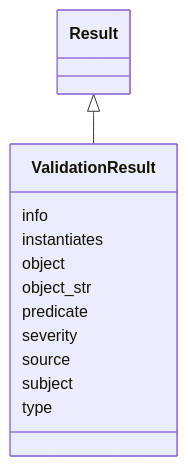
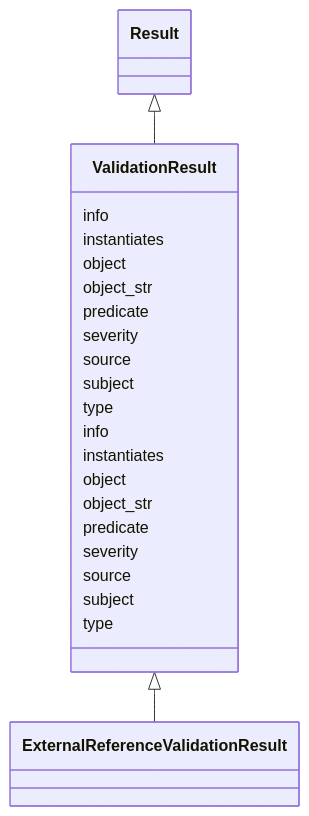
Before and after one commit to INCATools/ontology-access-kit: the diagram in validation/ValidationResult.md, drawn with Mermaid. The commit also changed 245 other files, not shown here.

````diff
--- a/validation/ValidationResult.md
+++ b/validation/ValidationResult.md
@@ -13,16 +13,29 @@
 ```{mermaid}
  classDiagram
+    class ValidationResult
       Result <|-- ValidationResult
       
       ValidationResult : info
       ValidationResult : instantiates
       ValidationResult : object
       ValidationResult : object_str
       ValidationResult : predicate
       ValidationResult : severity
       ValidationResult : source
       ValidationResult : subject
       ValidationResult : type
       
 
+      ValidationResult <|-- ExternalReferenceValidationResult
+      
+      ValidationResult : info
+      ValidationResult : instantiates
+      ValidationResult : object
+      ValidationResult : object_str
+      ValidationResult : predicate
+      ValidationResult : severity
+      ValidationResult : source
+      ValidationResult : subject
+      ValidationResult : type
+      
 ```
````
